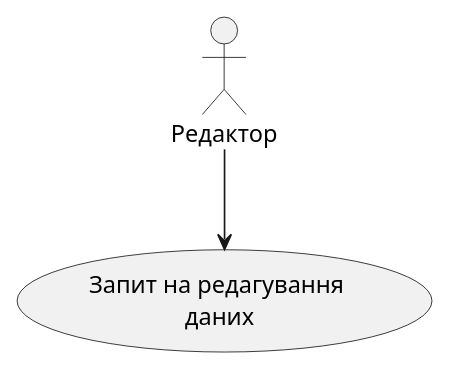
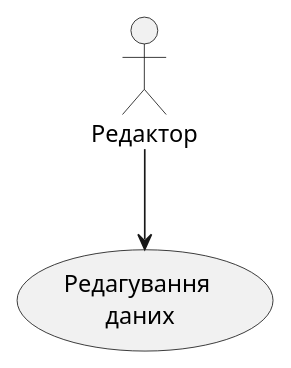
The fourth of 15 diagrams in docs/use cases/README.md (boldak/edu-db-cw), drawn with PlantUML before and after one commit. The commit also changed other lines of this file, not shown here.

```diff
--- a/docs/use cases/README.md
+++ b/docs/use cases/README.md
@@ -129,9 +109,9 @@
 @startuml
 
 "Редактор" as actor
 
-usecase "Запит на редагування \nданих" as ReqEditData
+usecase "Редагування \nданих" as EditData
 
-actor -d-> ReqEditData
+actor -d-> EditData
 
 @enduml
```
